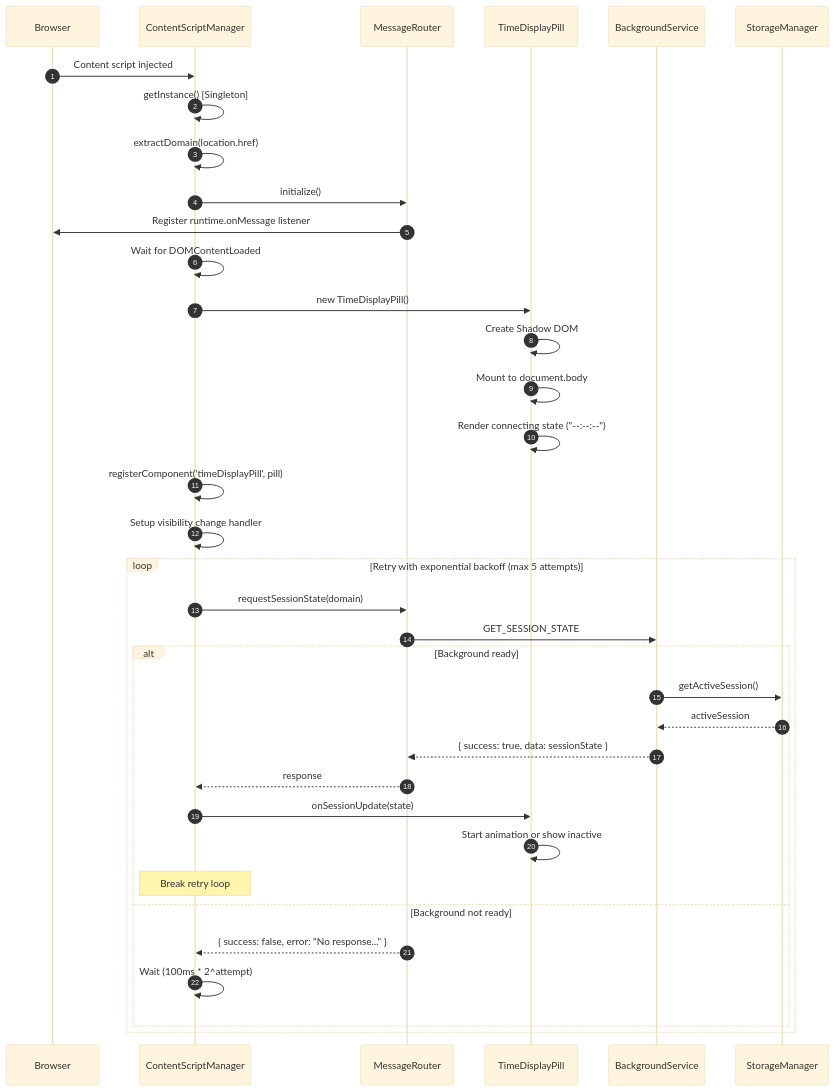
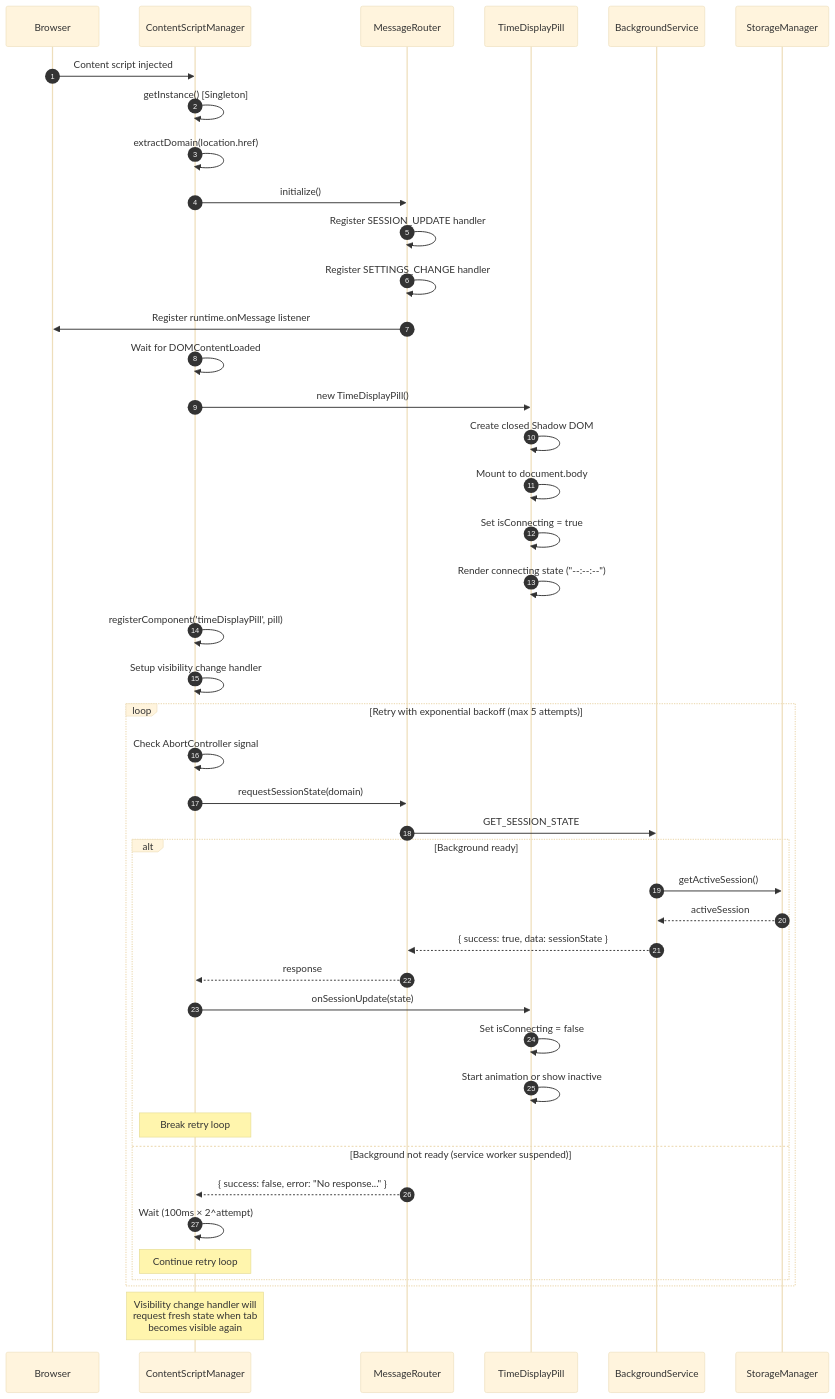
Before and after one commit to JayDosunmu/web-time-tracker: the seventh of 11 diagrams in docs/architecture-sequences.md, drawn with Mermaid (base theme). The commit also changed other lines of this file and 8 other files, not shown here.

````diff
--- a/docs/architecture-sequences.md
+++ b/docs/architecture-sequences.md
@@ -332,45 +338,53 @@
 ```mermaid
 sequenceDiagram
     autonumber
     participant Browser as Browser
     participant CSM as ContentScriptManager
     participant MR as MessageRouter
     participant TDP as TimeDisplayPill
     participant BS as BackgroundService
     participant SM as StorageManager
 
     Browser->>CSM: Content script injected
     CSM->>CSM: getInstance() [Singleton]
     CSM->>CSM: extractDomain(location.href)
 
     CSM->>MR: initialize()
+    MR->>MR: Register SESSION_UPDATE handler
+    MR->>MR: Register SETTINGS_CHANGE handler
     MR->>Browser: Register runtime.onMessage listener
 
     CSM->>CSM: Wait for DOMContentLoaded
 
     CSM->>TDP: new TimeDisplayPill()
-    TDP->>TDP: Create Shadow DOM
+    TDP->>TDP: Create closed Shadow DOM
     TDP->>TDP: Mount to document.body
+    TDP->>TDP: Set isConnecting = true
     TDP->>TDP: Render connecting state ("--:--:--")
 
     CSM->>CSM: registerComponent('timeDisplayPill', pill)
     CSM->>CSM: Setup visibility change handler
 
     loop Retry with exponential backoff (max 5 attempts)
+        CSM->>CSM: Check AbortController signal
         CSM->>MR: requestSessionState(domain)
         MR->>BS: GET_SESSION_STATE
 
         alt Background ready
             BS->>SM: getActiveSession()
             SM-->>BS: activeSession
             BS-->>MR: { success: true, data: sessionState }
             MR-->>CSM: response
             CSM->>TDP: onSessionUpdate(state)
+            TDP->>TDP: Set isConnecting = false
             TDP->>TDP: Start animation or show inactive
             Note over CSM: Break retry loop
-        else Background not ready
+        else Background not ready (service worker suspended)
             MR-->>CSM: { success: false, error: "No response..." }
-            CSM->>CSM: Wait (100ms * 2^attempt)
+            CSM->>CSM: Wait (100ms × 2^attempt)
+            Note over CSM: Continue retry loop
         end
     end
+
+    Note over CSM: Visibility change handler will<br/>request fresh state when tab<br/>becomes visible again
 ```
````
